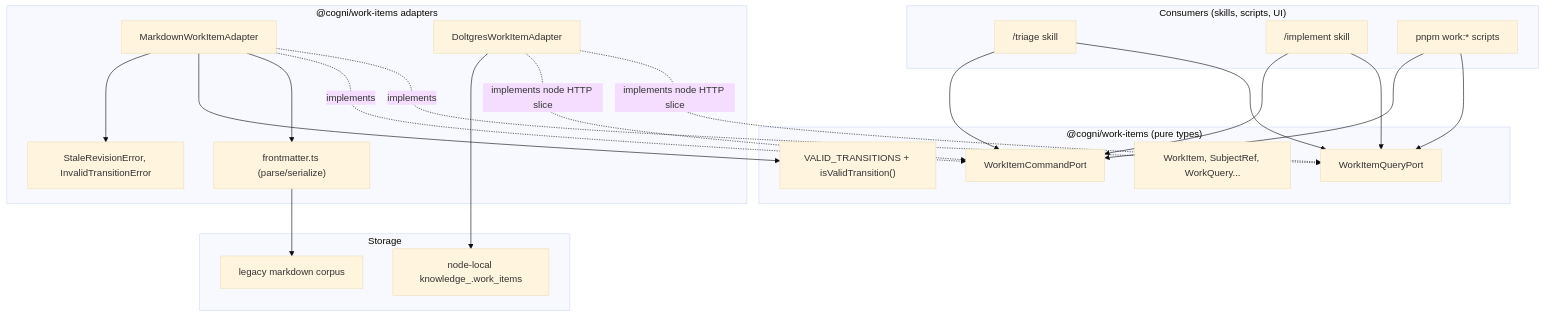
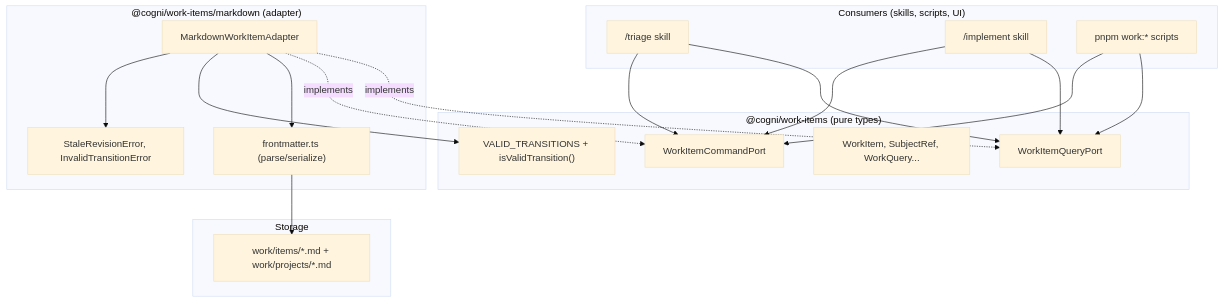
One commit to cogni-dao/cogni changed the first of 2 diagrams in docs/spec/work-items-port.md. Above: the diagram before and after it, drawn with Mermaid (base theme). The commit also changed other lines of this file and 3 other files, not shown here.

Commit message:
revert(docs): keep durable work-item truth in Dolt (story.5060)

````diff
--- a/docs/spec/work-items-port.md
+++ b/docs/spec/work-items-port.md
@@ -35,35 +35,31 @@
 ```mermaid
 graph TD
   subgraph "Consumers (skills, scripts, UI)"
     S1["/triage skill"]
     S2["/implement skill"]
     S3["pnpm work:* scripts"]
   end
 
   subgraph "@cogni/work-items (pure types)"
     QP["WorkItemQueryPort"]
     CP["WorkItemCommandPort"]
     T["WorkItem, SubjectRef, WorkQuery..."]
     TR["VALID_TRANSITIONS + isValidTransition()"]
   end
 
-  subgraph "@cogni/work-items adapters"
+  subgraph "@cogni/work-items/markdown (adapter)"
     MA["MarkdownWorkItemAdapter"]
-    DA["DoltgresWorkItemAdapter"]
     FM["frontmatter.ts (parse/serialize)"]
     ER["StaleRevisionError, InvalidTransitionError"]
   end
 
   subgraph "Storage"
-    FS["legacy markdown corpus"]
-    DG["node-local knowledge_<slug>.work_items"]
+    FS["work/items/*.md + work/projects/*.md"]
   end
 
   S1 & S2 & S3 --> QP & CP
   MA -.implements.-> QP & CP
   MA --> FM --> FS
   MA --> TR
   MA --> ER
-  DA -.implements node HTTP slice.-> QP & CP
-  DA --> DG
 ```
````
